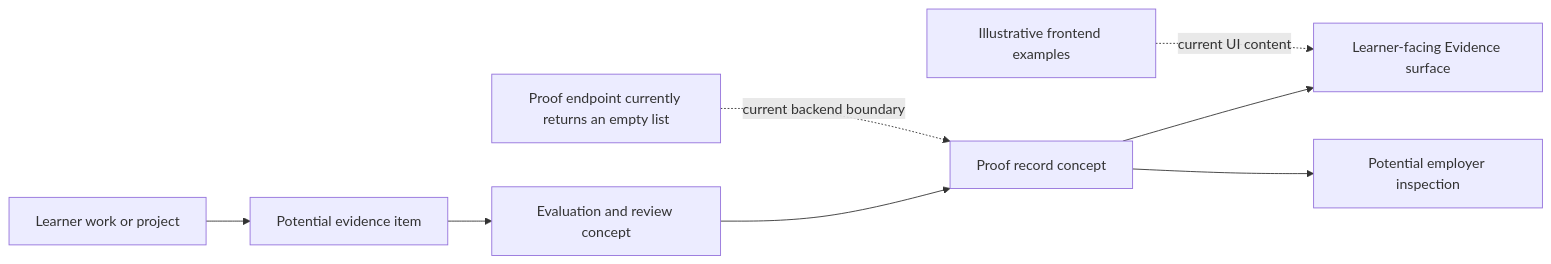
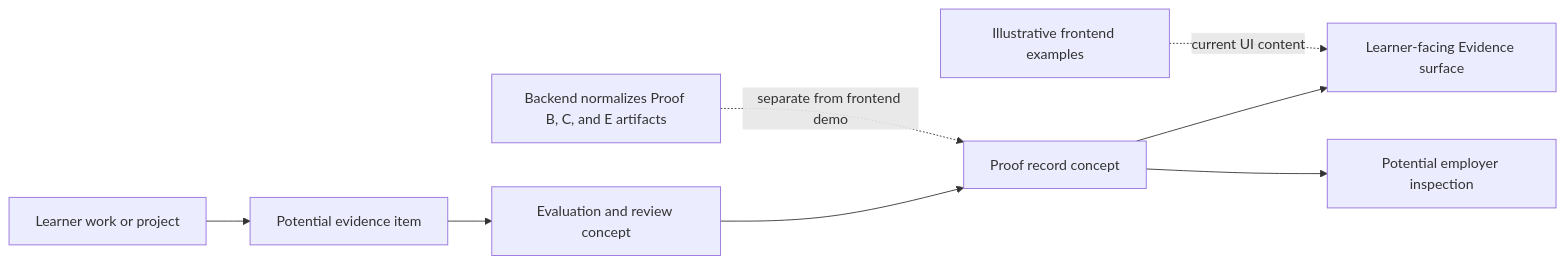
The fifth of 6 diagrams in README.md (5sricharan7/skillbridge), drawn with Mermaid before and after one commit. The commit also changed other lines of this file and 7 other files, not shown here.

Commit message:
feat: harden backend API and integrate artifact adapters

````diff
--- a/README.md
+++ b/README.md
@@ -158,10 +170,10 @@
 ```mermaid
 flowchart LR
     Work[Learner work or project] --> Candidate[Potential evidence item]
     Candidate --> Review[Evaluation and review concept]
     Review --> Proof[Proof record concept]
     Proof --> LearnerView[Learner-facing Evidence surface]
     Proof --> EmployerView[Potential employer inspection]
     Demo[Illustrative frontend examples] -. current UI content .-> LearnerView
-    EmptyAPI[Proof endpoint currently returns an empty list] -. current backend boundary .-> Proof
+    API[Backend normalizes Proof B, C, and E artifacts] -. separate from frontend demo .-> Proof
 ```
````
